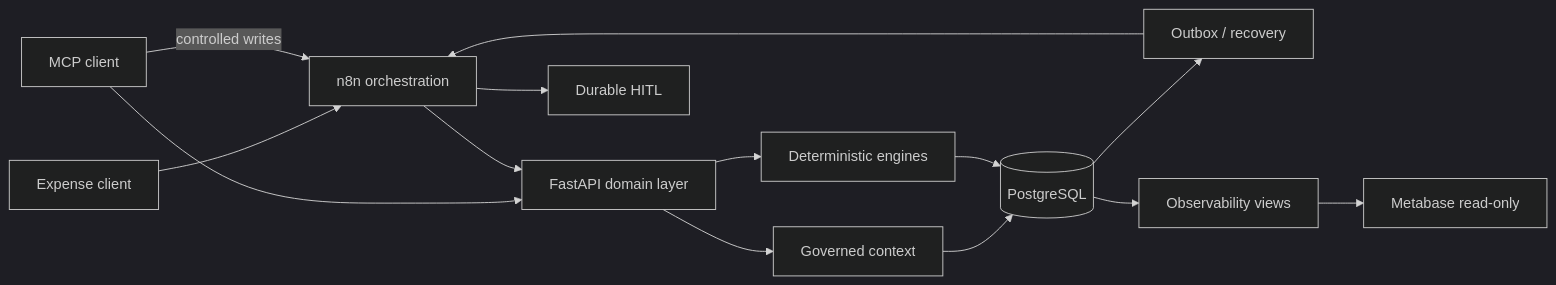
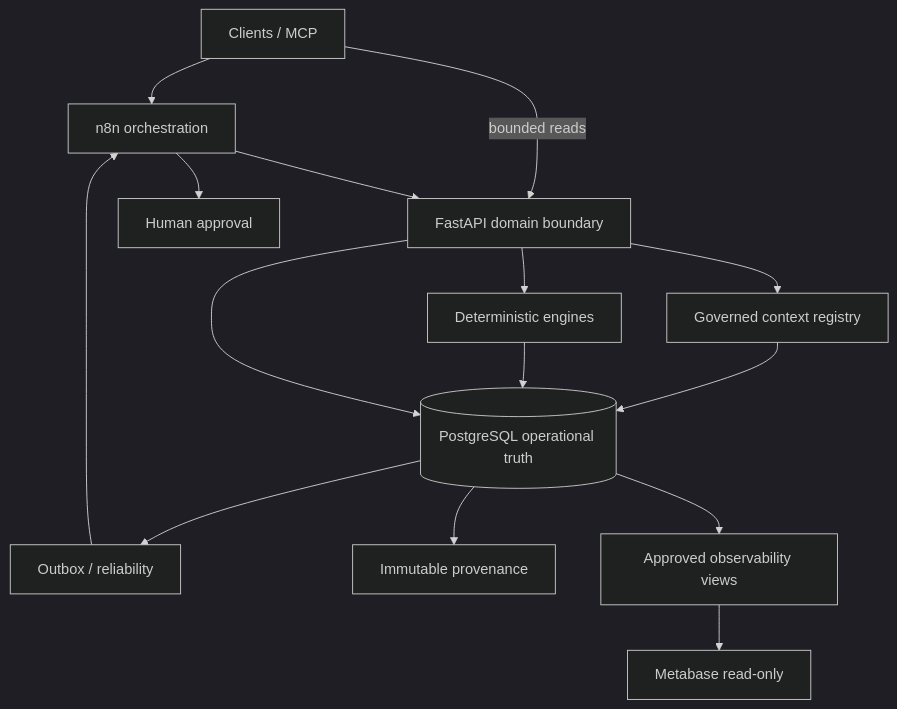
One commit to tusharg007/northstar-workload-optimizer changed the diagram in README.md. Above: the diagram before and after it, drawn with Mermaid (dark theme). The commit also changed other lines of this file and 10 other files, not shown here.

````diff
--- a/README.md
+++ b/README.md
@@ -7,16 +15,17 @@
 ```mermaid
-flowchart LR
-    Client["Expense client"] --> N8N["n8n orchestration"]
-    MCP["MCP client"] --> API["FastAPI domain layer"]
-    MCP -->|"controlled writes"| N8N
+flowchart TD
+    Clients["Clients / MCP"] --> N8N["n8n orchestration"]
+    Clients -->|"bounded reads"| API["FastAPI domain boundary"]
     N8N --> API
-    API --> Context["Governed context"]
-    API --> Engine["Deterministic engines"]
-    Context --> PG[("PostgreSQL")]
-    Engine --> PG
-    PG --> Outbox["Outbox / recovery"]
-    Outbox --> N8N
-    N8N --> Human["Durable HITL"]
-    PG --> Views["Observability views"]
+    API --> Context["Governed context registry"]
+    API --> Engines["Deterministic engines"]
+    Context --> PG[("PostgreSQL operational truth")]
+    Engines --> PG
+    API --> PG
+    PG --> Reliability["Outbox / reliability"]
+    PG --> Provenance["Immutable provenance"]
+    Reliability --> N8N
+    N8N --> Human["Human approval"]
+    PG --> Views["Approved observability views"]
     Views --> MB["Metabase read-only"]
 ```
````
